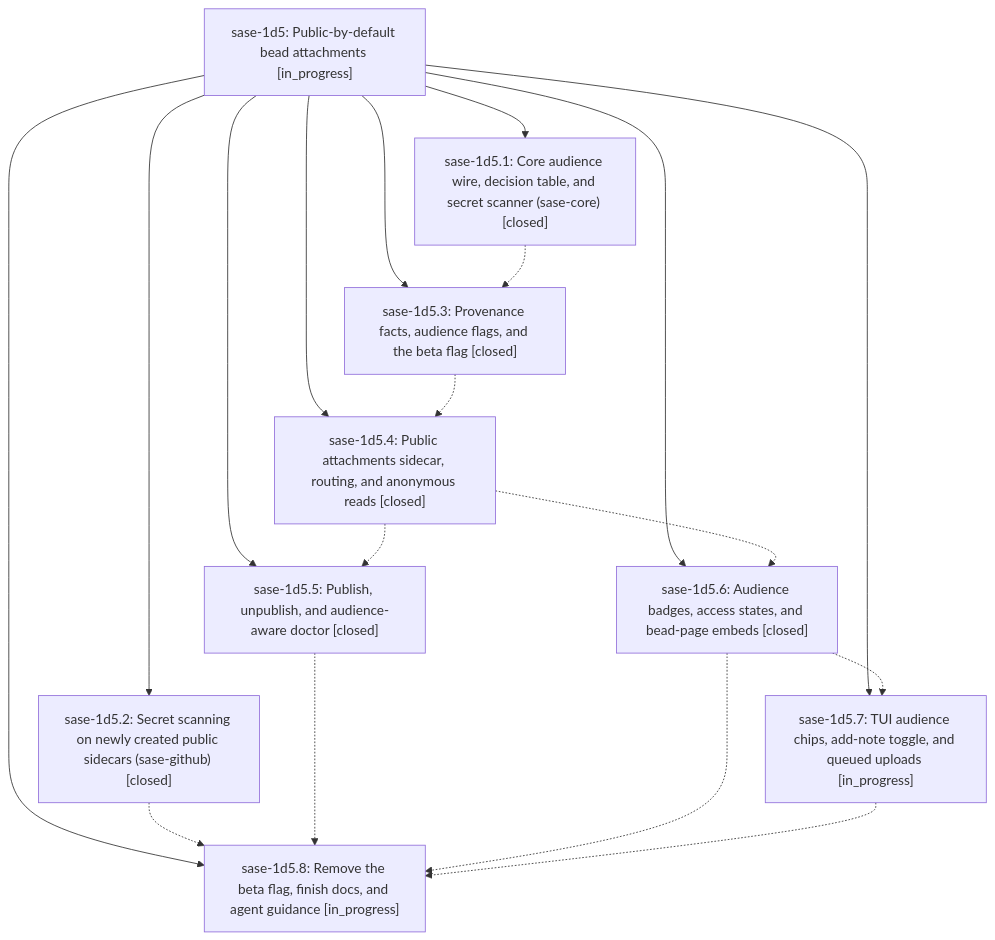
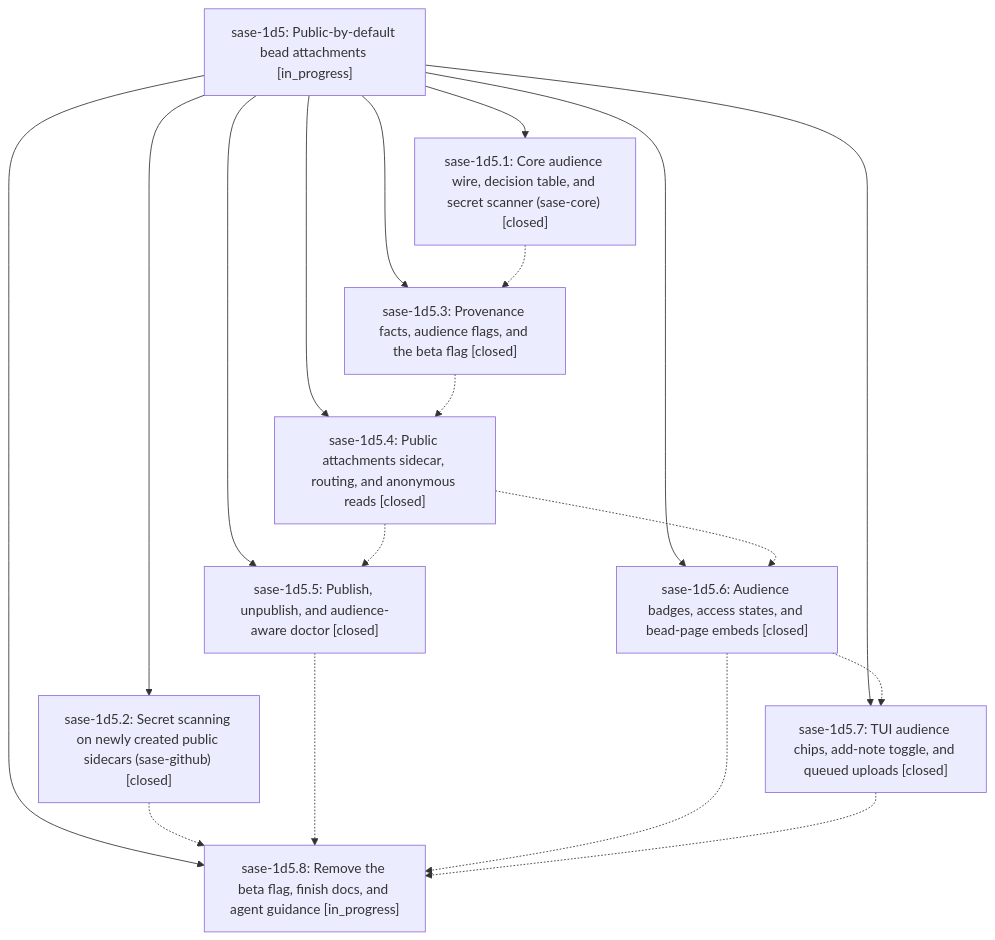
One commit to sase-org/sase--beads changed the diagram in pages/sase-1d5/README.md. Above: the diagram before and after it, drawn with Mermaid. The commit also changed other lines of this file and 6 other files, not shown here.

````diff
--- a/pages/sase-1d5/README.md
+++ b/pages/sase-1d5/README.md
@@ -45,29 +45,29 @@
 ```mermaid
 flowchart TD
     n0["sase-1d5: Public-by-default bead attachments [in_progress]"]
     n1["sase-1d5.1: Core audience wire, decision table, and secret scanner (sase-core) [closed]"]
     n2["sase-1d5.2: Secret scanning on newly created public sidecars (sase-github) [closed]"]
     n3["sase-1d5.3: Provenance facts, audience flags, and the beta flag [closed]"]
     n4["sase-1d5.4: Public attachments sidecar, routing, and anonymous reads [closed]"]
     n5["sase-1d5.5: Publish, unpublish, and audience-aware doctor [closed]"]
     n6["sase-1d5.6: Audience badges, access states, and bead-page embeds [closed]"]
-    n7["sase-1d5.7: TUI audience chips, add-note toggle, and queued uploads [in_progress]"]
+    n7["sase-1d5.7: TUI audience chips, add-note toggle, and queued uploads [closed]"]
     n8["sase-1d5.8: Remove the beta flag, finish docs, and agent guidance [in_progress]"]
     n0 --> n1
     n0 --> n2
     n0 --> n3
     n0 --> n4
     n0 --> n5
     n0 --> n6
     n0 --> n7
     n0 --> n8
     n1 -.-> n3
     n2 -.-> n8
     n3 -.-> n4
     n4 -.-> n5
     n4 -.-> n6
     n5 -.-> n8
     n6 -.-> n7
     n6 -.-> n8
     n7 -.-> n8
 ```
````
